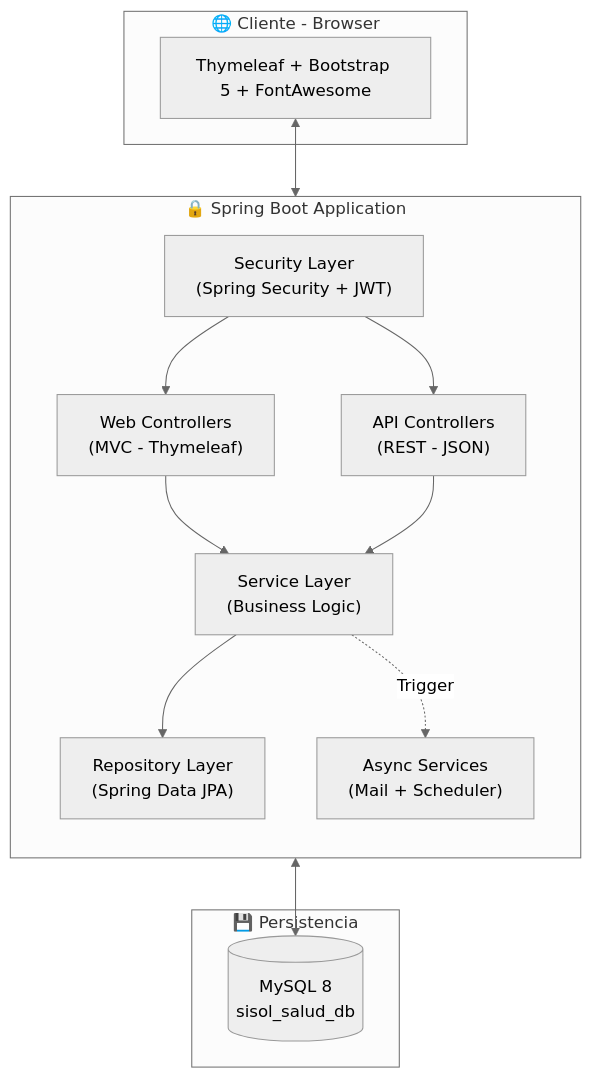
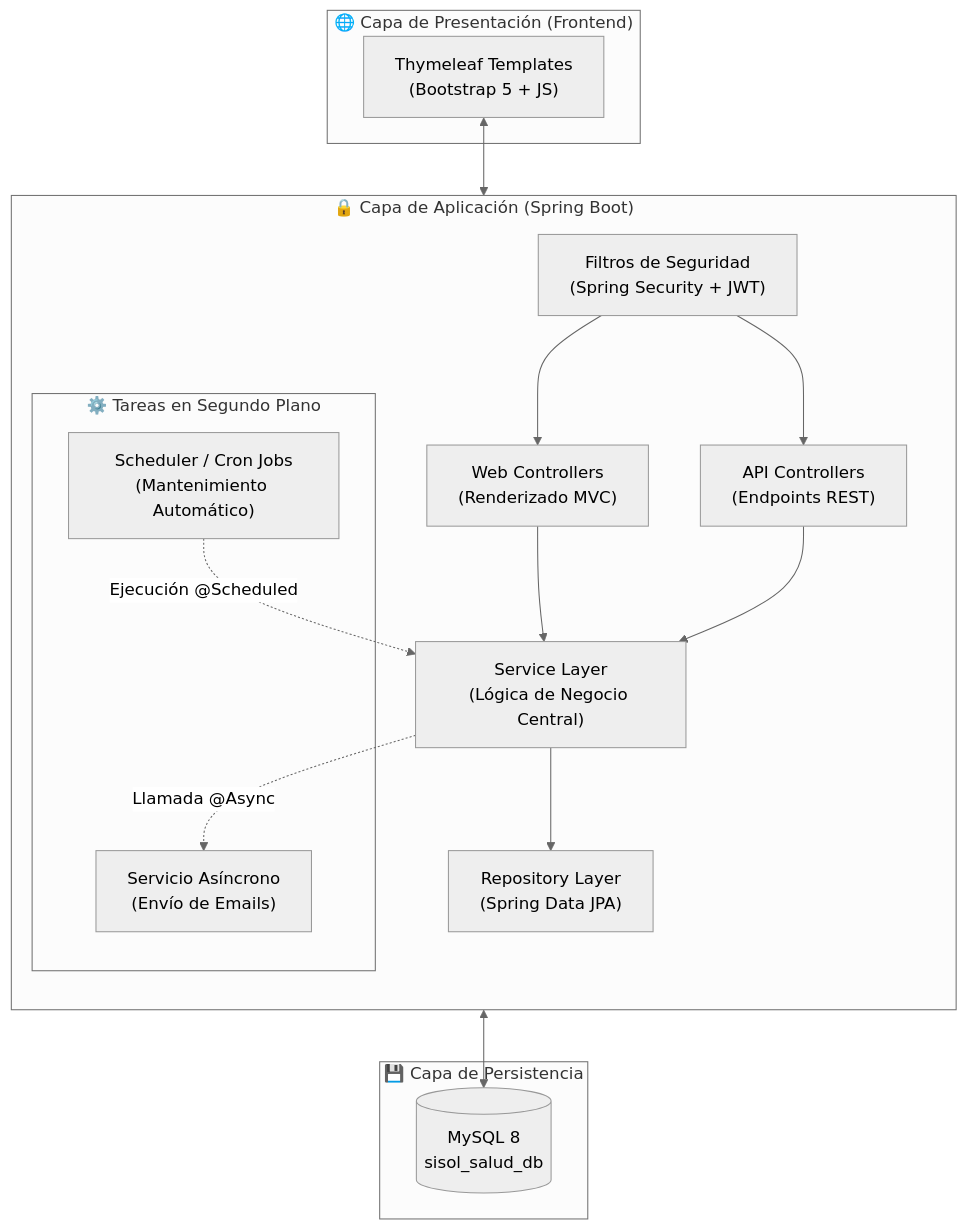
Before and after one commit to Alessandro-BS/Proyecto-Integrador: the first of 5 diagrams in README.md, drawn with Mermaid (neutral theme). The commit also changed other lines of this file and 1 other file, not shown here.

````diff
--- a/README.md
+++ b/README.md
@@ -34,29 +31,34 @@
 ```mermaid
 graph TB
-    subgraph "🌐 Cliente - Browser"
-        TH["Thymeleaf + Bootstrap 5 + FontAwesome"]
+    subgraph "🌐 Capa de Presentación (Frontend)"
+        TH["Thymeleaf Templates<br/>(Bootstrap 5 + JS)"]
     end
 
-    subgraph "🔒 Spring Boot Application"
+    subgraph "🔒 Capa de Aplicación (Spring Boot)"
         direction TB
-        SC["Security Layer<br/>(Spring Security + JWT)"]
-        WC["Web Controllers<br/>(MVC - Thymeleaf)"]
-        AC["API Controllers<br/>(REST - JSON)"]
-        SV["Service Layer<br/>(Business Logic)"]
+        SC["Filtros de Seguridad<br/>(Spring Security + JWT)"]
+        WC["Web Controllers<br/>(Renderizado MVC)"]
+        AC["API Controllers<br/>(Endpoints REST)"]
+        SV["Service Layer<br/>(Lógica de Negocio Central)"]
         RP["Repository Layer<br/>(Spring Data JPA)"]
-        NT["Async Services<br/>(Mail + Scheduler)"]
+        
+        subgraph "⚙️ Tareas en Segundo Plano"
+            NT["Servicio Asíncrono<br/>(Envío de Emails)"]
+            CR["Scheduler / Cron Jobs<br/>(Mantenimiento Automático)"]
+        end
     end
 
-    subgraph "💾 Persistencia"
+    subgraph "💾 Capa de Persistencia"
         DB[("MySQL 8<br/>sisol_salud_db")]
     end
 
     TH <--> SC
     SC --> WC
     SC --> AC
     WC --> SV
     AC --> SV
     SV --> RP
     RP <--> DB
-    SV -.->|"Trigger"| NT
+    SV -.->|"Llamada @Async"| NT
+    CR -.->|"Ejecución @Scheduled"| SV
 ```
````
